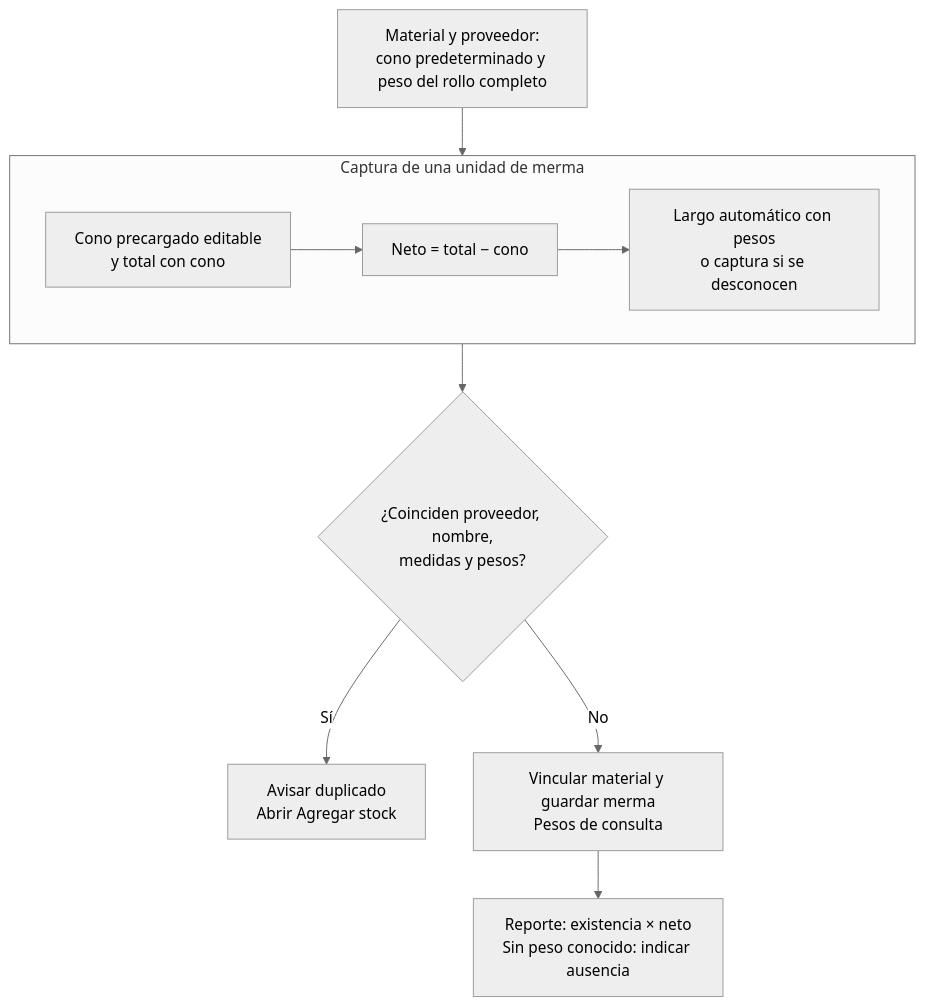
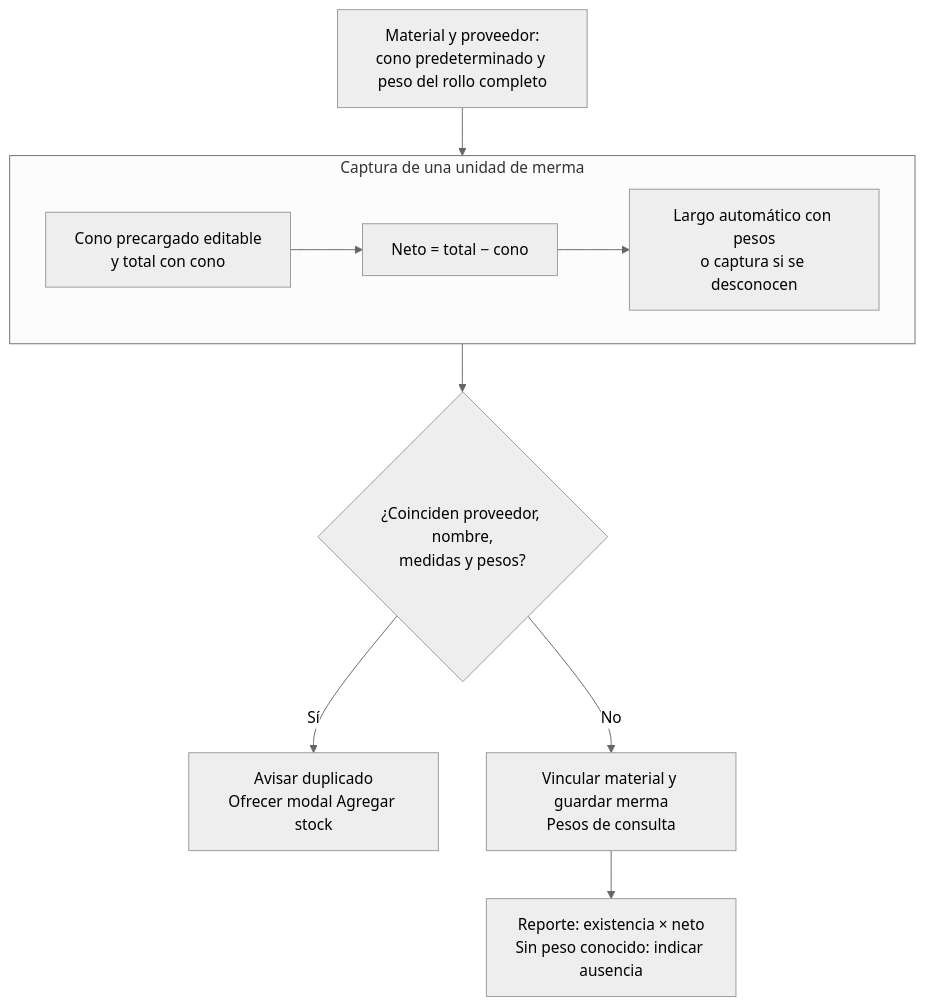
One commit to gpgsistemas01/nexus changed the diagram in docs/requirements/requirements-specification/04-unified-catalog-by-scope/04-queries-reports-and-modeled-functions.md. Above: the diagram before and after it, drawn with Mermaid (neutral theme). The commit also changed other lines of this file and 39 other files, not shown here.

First line of the commit message:
Refactoriza registro de merma y reutiliza modal de Agregar stock

````diff
--- a/docs/requirements/requirements-specification/04-unified-catalog-by-scope/04-queries-reports-and-modeled-functions.md
+++ b/docs/requirements/requirements-specification/04-unified-catalog-by-scope/04-queries-reports-and-modeled-functions.md
@@ -61,13 +61,13 @@
 ```mermaid
 flowchart TB
     Oferta["Material y proveedor:<br/>cono predeterminado y peso del rollo completo"] --> Pesos
     subgraph Pesos["Captura de una unidad de merma"]
         direction LR
         Captura["Cono precargado editable<br/>y total con cono"] --> Neto["Neto = total − cono"]
         Neto --> Largo["Largo automático con pesos<br/>o captura si se desconocen"]
     end
     Pesos --> Identidad{"¿Coinciden proveedor, nombre,<br/>medidas y pesos?"}
-    Identidad -->|Sí| Stock["Avisar duplicado<br/>Abrir Agregar stock"]
+    Identidad -->|Sí| Stock["Avisar duplicado<br/>Ofrecer modal Agregar stock"]
     Identidad -->|No| Guardar["Vincular material y guardar merma<br/>Pesos de consulta"]
     Guardar --> Reporte["Reporte: existencia × neto<br/>Sin peso conocido: indicar ausencia"]
 ```
````
